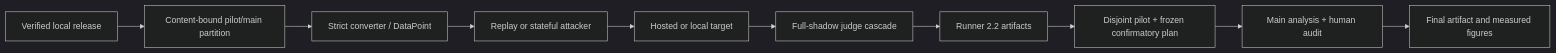
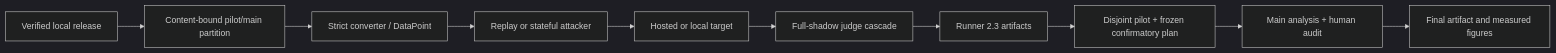
One commit to ctapnec/MLLMRiskBench changed the diagram in docs/ARCHITECTURE.md. Above: the diagram before and after it, drawn with Mermaid (dark theme). The commit also changed other lines of this file and 45 other files, not shown here.

````diff
--- a/docs/ARCHITECTURE.md
+++ b/docs/ARCHITECTURE.md
@@ -8,12 +8,12 @@
 ```mermaid
 flowchart LR
     S[Verified local release] --> P[Content-bound pilot/main partition]
     P --> C[Strict converter / DataPoint]
     C --> A[Replay or stateful attacker]
     A --> T[Hosted or local target]
     T --> J[Full-shadow judge cascade]
-    J --> R[Runner 2.2 artifacts]
+    J --> R[Runner 2.3 artifacts]
     R --> D[Disjoint pilot + frozen confirmatory plan]
     D --> H[Main analysis + human audit]
     H --> F[Final artifact and measured figures]
 ```
````
